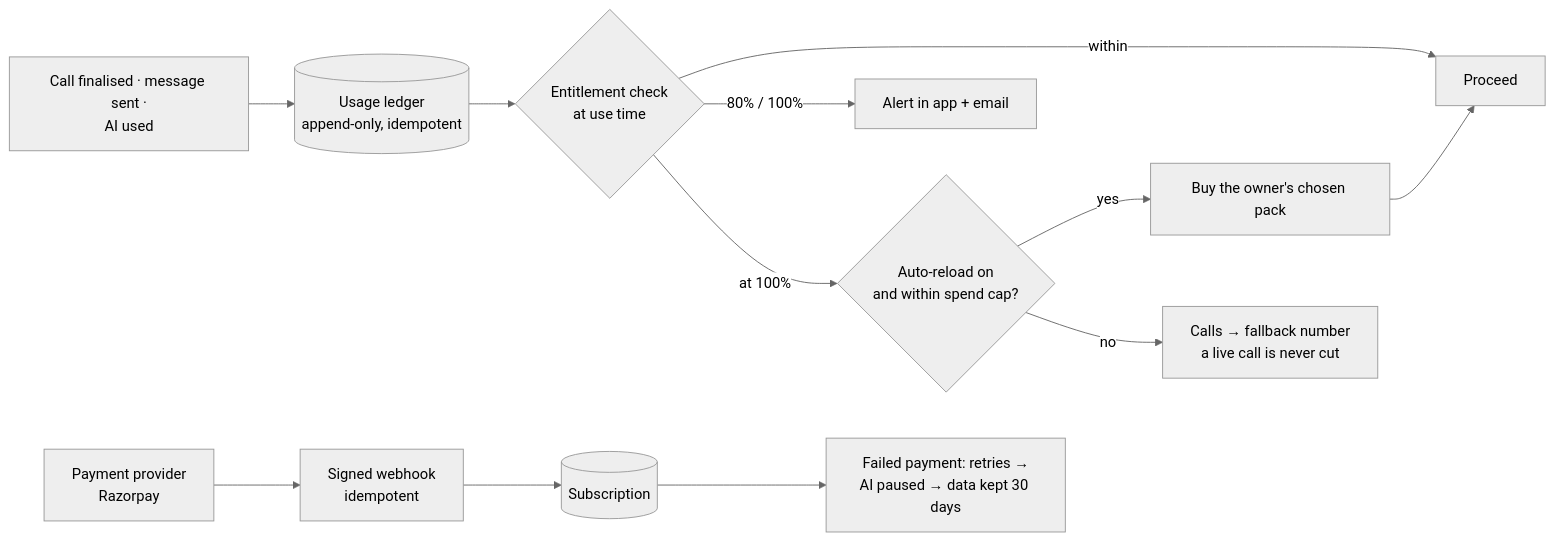
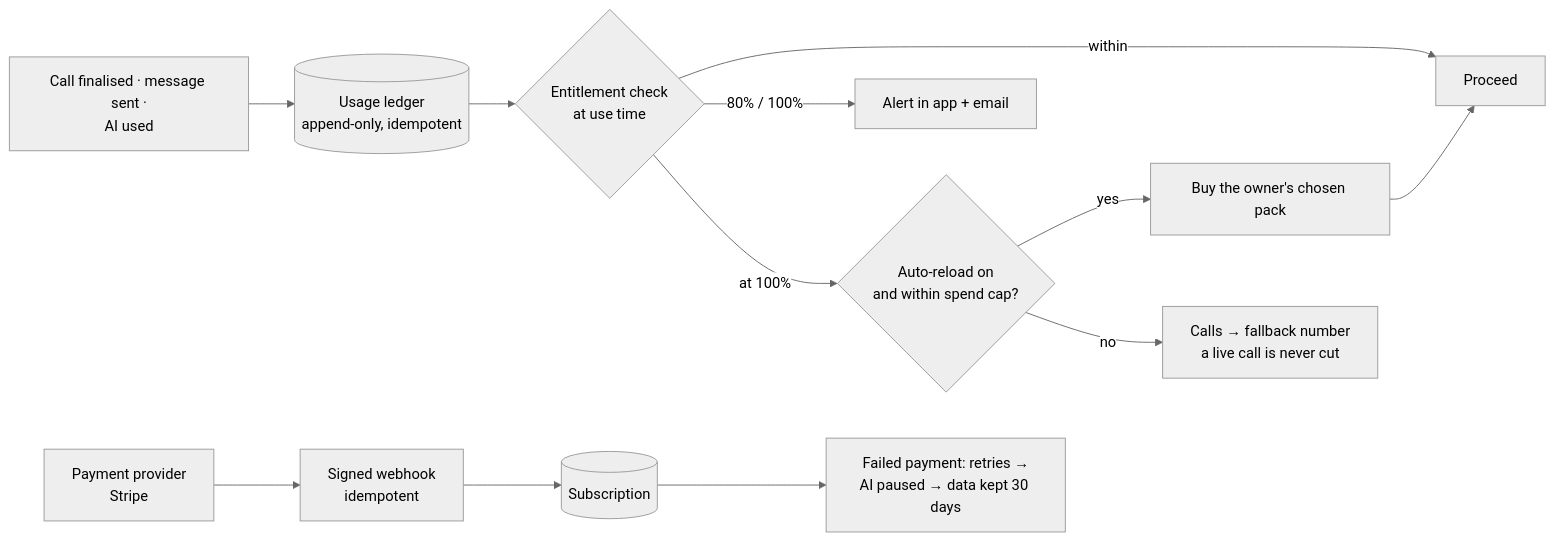
Before and after one commit to singhdhruv525-source/Zella-AI: diagram 19 of 25 in docs/ARCHITECTURE.md, drawn with Mermaid (neutral theme). The commit also changed other lines of this file and 3 other files, not shown here.

First line of the commit message:
Payments: switch the provider to Stripe (Zella Voice is a Wyoming LLC)

````diff
--- a/docs/ARCHITECTURE.md
+++ b/docs/ARCHITECTURE.md
@@ -1427,12 +1427,12 @@
 ```mermaid
 flowchart LR
   ev[Call finalised · message sent ·<br/>AI used] --> led[(Usage ledger<br/>append-only, idempotent)]
   led --> ent{Entitlement check<br/>at use time}
   ent -- within --> ok[Proceed]
   ent -- 80% / 100% --> warn[Alert in app + email]
   ent -- at 100% --> ar{Auto-reload on<br/>and within spend cap?}
   ar -- yes --> pack[Buy the owner's chosen pack] --> ok
   ar -- no --> lim[Calls → fallback number<br/>a live call is never cut]
-  pp[Payment provider<br/>Razorpay] --> wh[Signed webhook<br/>idempotent] --> sub[(Subscription)]
+  pp[Payment provider<br/>Stripe] --> wh[Signed webhook<br/>idempotent] --> sub[(Subscription)]
   sub --> grace[Failed payment: retries →<br/>AI paused → data kept 30 days]
 ```
````
